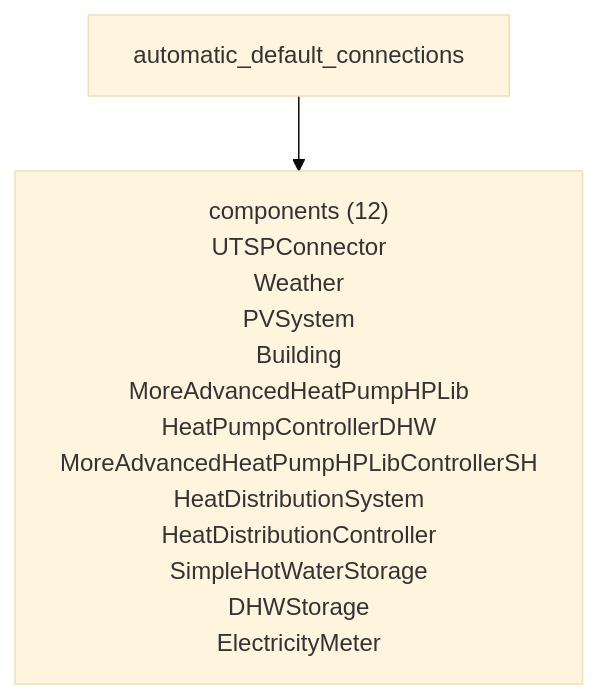
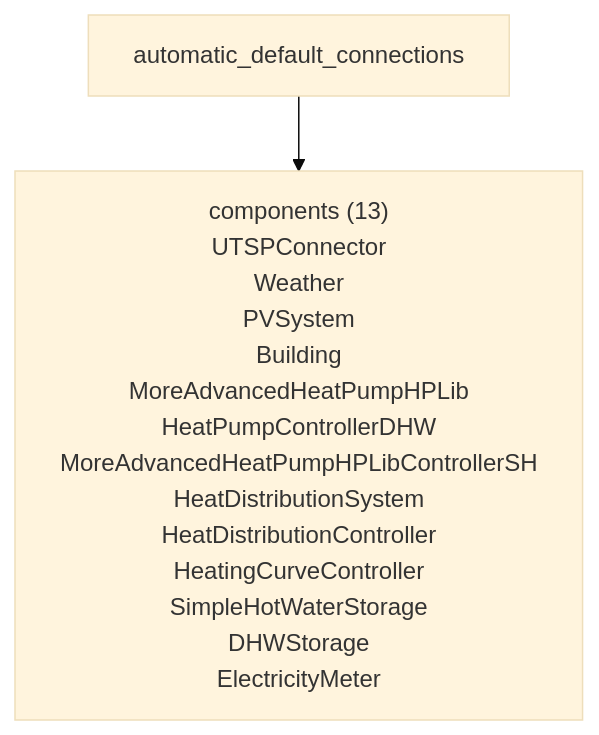
Before and after one commit to FZJ-IEK3-VSA/HiSim: diagram 15 of 22 in roadmap/declarative_energy_systems/grouping_overview.md, drawn with Mermaid (base theme). The commit also changed other lines of this file and 114 other files, not shown here.

````diff
--- a/roadmap/declarative_energy_systems/grouping_overview.md
+++ b/roadmap/declarative_energy_systems/grouping_overview.md
@@ -745,7 +745,7 @@
 ```mermaid
 flowchart TD
     setup["automatic_default_connections"]
-    components["components (12)<br/>UTSPConnector<br/>Weather<br/>PVSystem<br/>Building<br/>MoreAdvancedHeatPumpHPLib<br/>HeatPumpControllerDHW<br/>MoreAdvancedHeatPumpHPLibControllerSH<br/>HeatDistributionSystem<br/>HeatDistributionController<br/>SimpleHotWaterStorage<br/>DHWStorage<br/>ElectricityMeter"]
+    components["components (13)<br/>UTSPConnector<br/>Weather<br/>PVSystem<br/>Building<br/>MoreAdvancedHeatPumpHPLib<br/>HeatPumpControllerDHW<br/>MoreAdvancedHeatPumpHPLibControllerSH<br/>HeatDistributionSystem<br/>HeatDistributionController<br/>HeatingCurveController<br/>SimpleHotWaterStorage<br/>DHWStorage<br/>ElectricityMeter"]
 
     setup --> components
 ```
````
